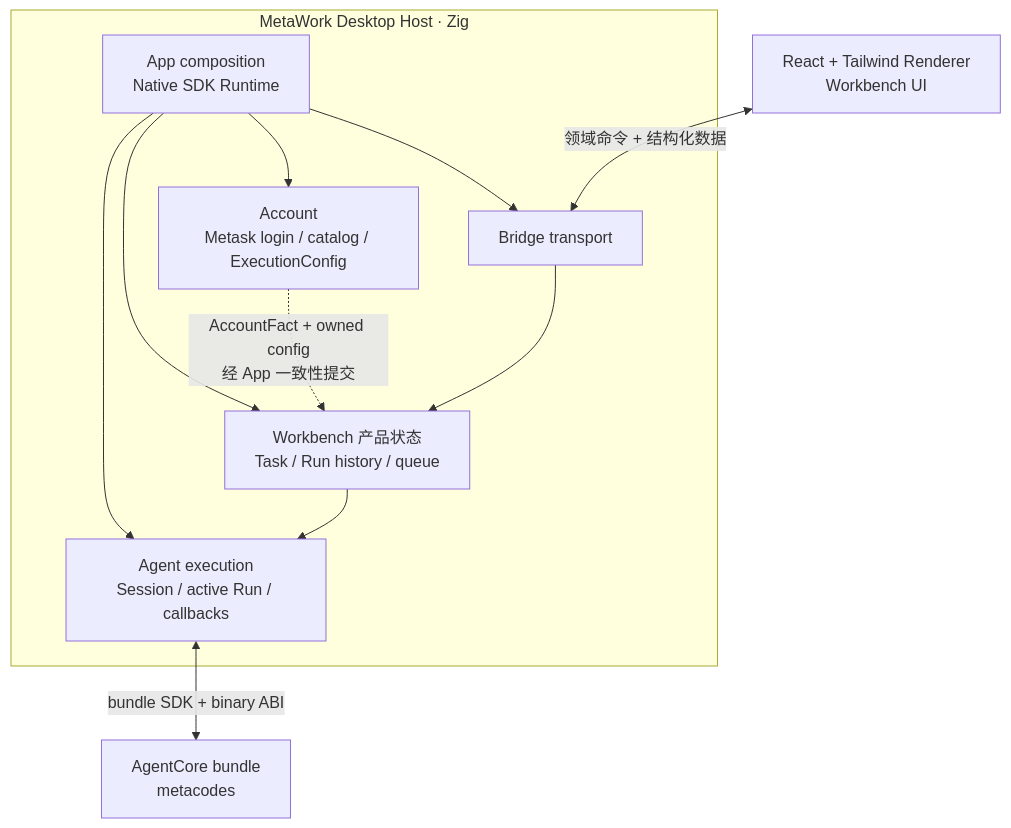
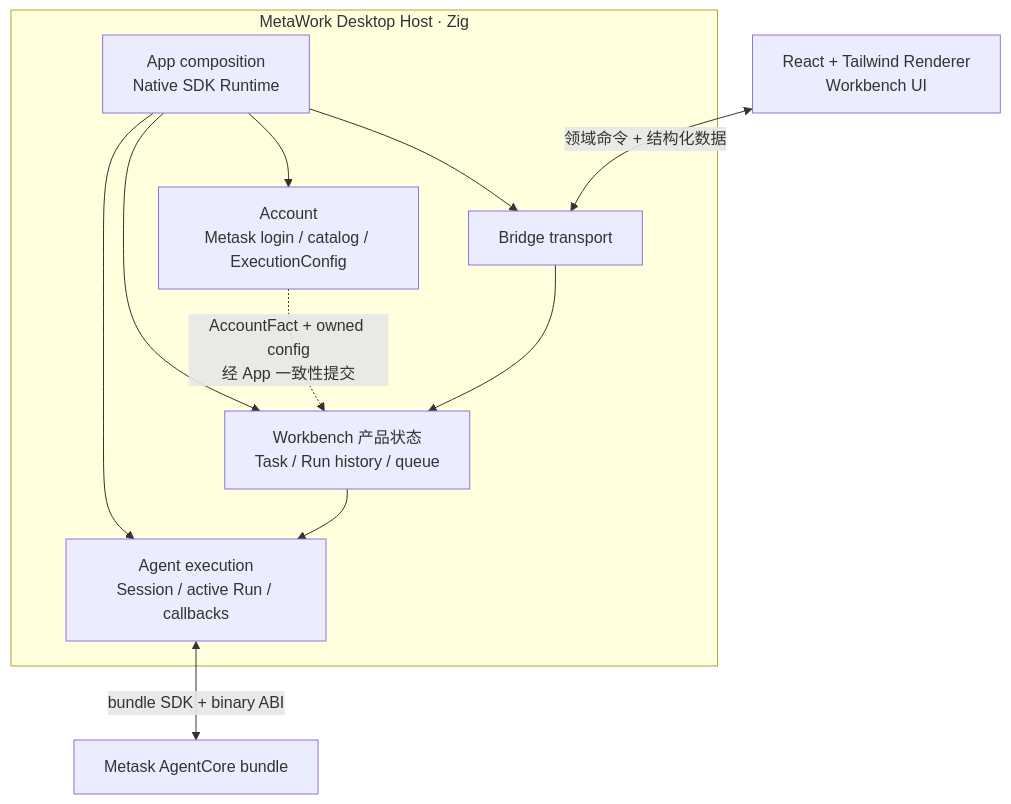
Before and after one commit to metask-ai/metawork: the diagram in docs/architecture.md, drawn with Mermaid. The commit also changed other lines of this file and 21 other files, not shown here.

````diff
--- a/docs/architecture.md
+++ b/docs/architecture.md
@@ -55,24 +55,24 @@
 ```mermaid
 flowchart TB
     UI["React + Tailwind Renderer<br/>Workbench UI"]
 
     subgraph HOST["MetaWork Desktop Host · Zig"]
         APP["App composition<br/>Native SDK Runtime"]
         ACCOUNT["Account<br/>Metask login / catalog / ExecutionConfig"]
         BRIDGE["Bridge transport"]
         WB["Workbench 产品状态<br/>Task / Run history / queue"]
         AGENT["Agent execution<br/>Session / active Run / callbacks"]
         APP --> BRIDGE
         APP --> ACCOUNT
         APP --> WB
         APP --> AGENT
         BRIDGE --> WB
         ACCOUNT -. "AccountFact + owned config<br/>经 App 一致性提交" .-> WB
         WB --> AGENT
     end
 
-    CORE["AgentCore bundle<br/>metacodes"]
+    CORE["Metask AgentCore bundle"]
 
     UI <-->|"领域命令 + 结构化数据"| BRIDGE
     AGENT <-->|"bundle SDK + binary ABI"| CORE
 ```
````
